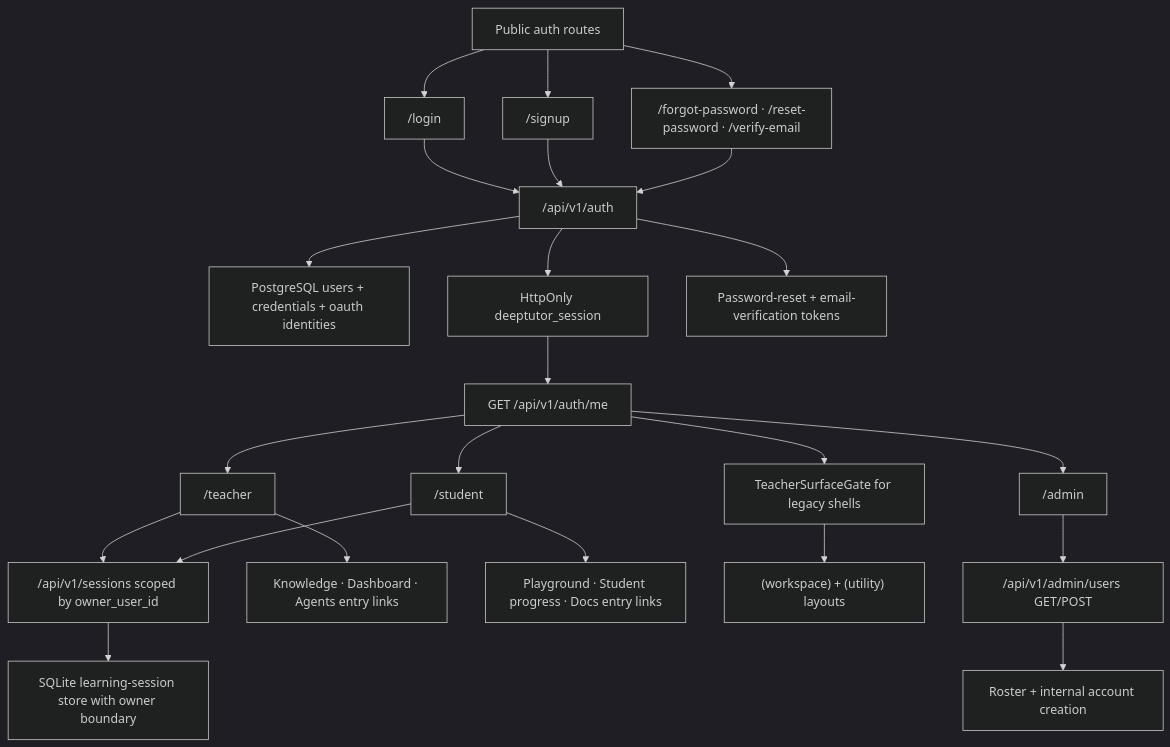
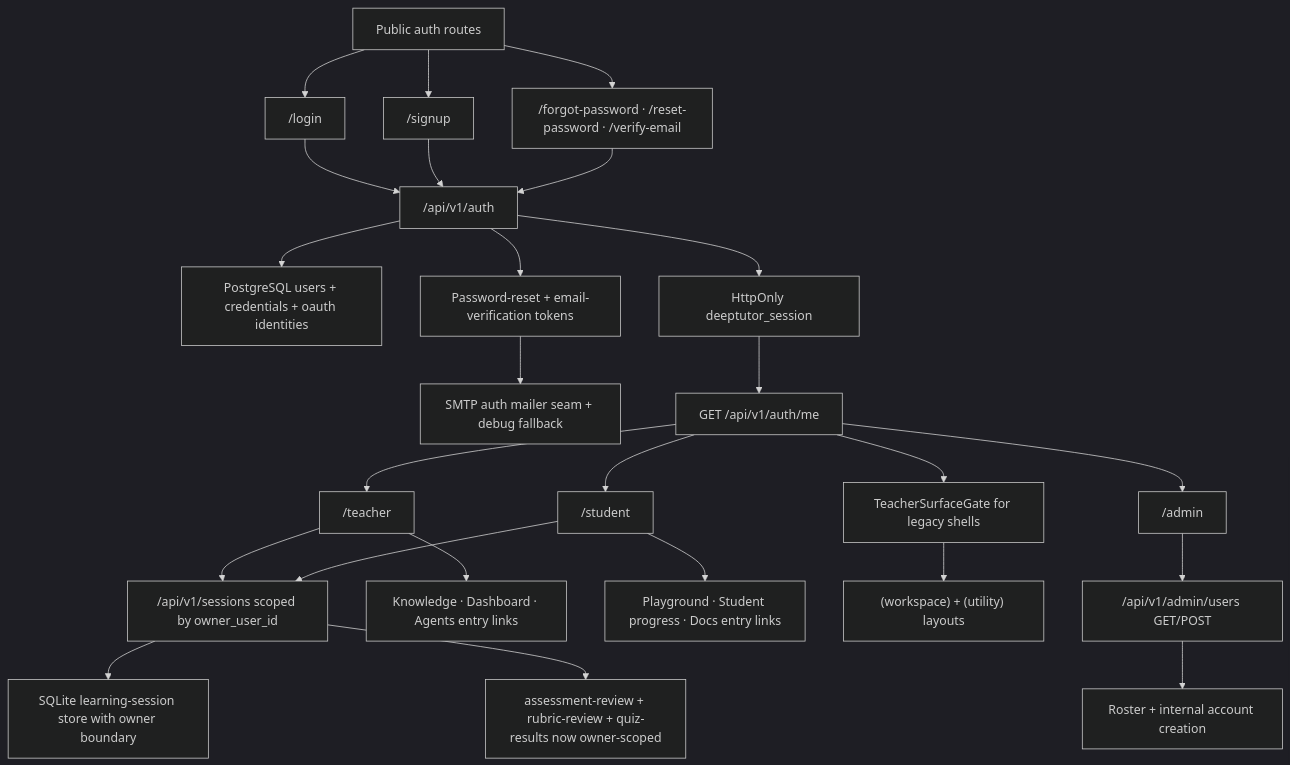
One commit to Creative-Science-Contest-2026/Multiagent-learning-platform changed the diagram in docs/superpowers/pr-notes/2026-05-02-auth-multi-user-foundation.md. Above: the diagram before and after it, drawn with Mermaid (dark theme). The commit also changed other lines of this file and 10 other files, not shown here.

Commit message:
feat(auth): harden delivery and session ownership [AUTH-MULTI-USER]

````diff
--- a/docs/superpowers/pr-notes/2026-05-02-auth-multi-user-foundation.md
+++ b/docs/superpowers/pr-notes/2026-05-02-auth-multi-user-foundation.md
@@ -16,25 +18,27 @@
 ```mermaid
 flowchart TD
   Public["Public auth routes"] --> Signup["/signup"]
   Public --> Login["/login"]
   Public --> Recovery["/forgot-password · /reset-password · /verify-email"]
   Login --> AuthAPI["/api/v1/auth"]
   Signup --> AuthAPI
   Recovery --> AuthAPI
   AuthAPI --> Users["PostgreSQL users + credentials + oauth identities"]
   AuthAPI --> Sessions["HttpOnly deeptutor_session"]
   AuthAPI --> OneTimeTokens["Password-reset + email-verification tokens"]
+  OneTimeTokens --> AuthMailer["SMTP auth mailer seam + debug fallback"]
   AdminShell --> AdminUsersAPI["/api/v1/admin/users GET/POST"]
   AdminUsersAPI --> AdminPanel["Roster + internal account creation"]
   Sessions --> Me["GET /api/v1/auth/me"]
   Me --> TeacherShell["/teacher"]
   Me --> StudentShell["/student"]
   Me --> AdminShell["/admin"]
   TeacherShell --> TeacherHub["Knowledge · Dashboard · Agents entry links"]
   StudentShell --> StudentHub["Playground · Student progress · Docs entry links"]
   Me --> TeacherGate["TeacherSurfaceGate for legacy shells"]
   TeacherGate --> LegacyShells["(workspace) + (utility) layouts"]
   TeacherShell --> OwnedSessionAPI["/api/v1/sessions scoped by owner_user_id"]
   StudentShell --> OwnedSessionAPI
   OwnedSessionAPI --> SQLiteStore["SQLite learning-session store with owner boundary"]
+  OwnedSessionAPI --> ReviewFlows["assessment-review + rubric-review + quiz-results now owner-scoped"]
 ```
````
